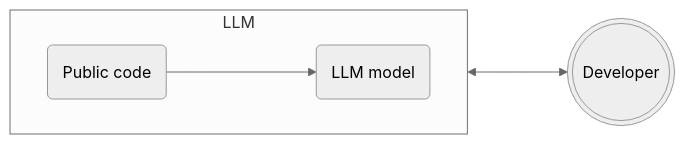
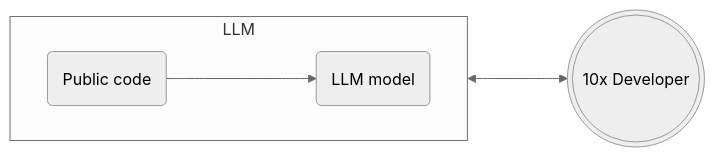
One commit to pieces-app/workshops changed the first of 7 diagrams in 10x-developer-productivity/slides.md. Above: the diagram before and after it, drawn with Mermaid (neutral theme). The commit also changed other lines of this file and 138 other files, not shown here.

````diff
--- a/10x-developer-productivity/slides.md
+++ b/10x-developer-productivity/slides.md
@@ -175,8 +243,8 @@
 ```mermaid
 flowchart LR
     subgraph LLM
         direction LR
         public-cloud(Public code)--->llm-model(LLM model)
     end
-    LLM<--->context(((Developer)))
+    LLM<--->context(((10x Developer)))
 ```
````
